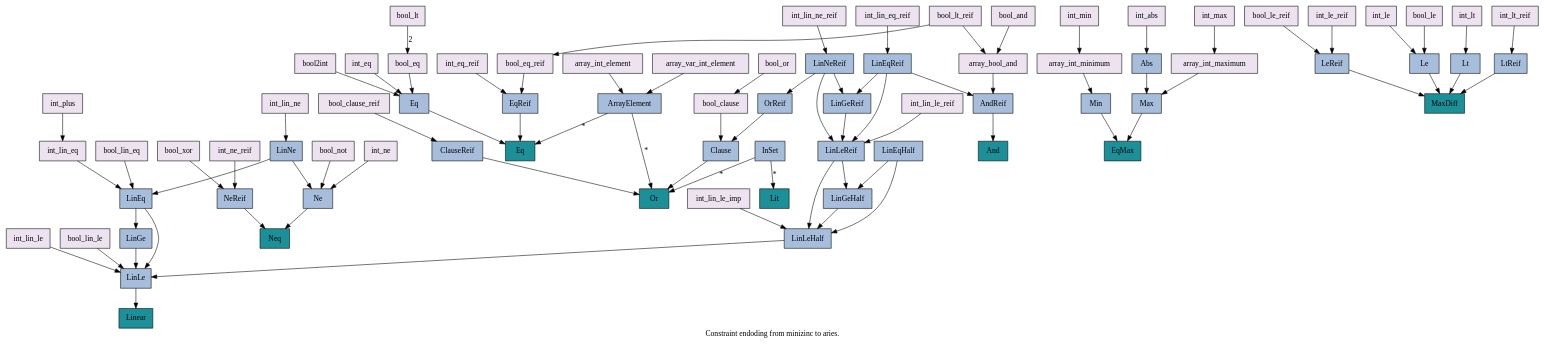
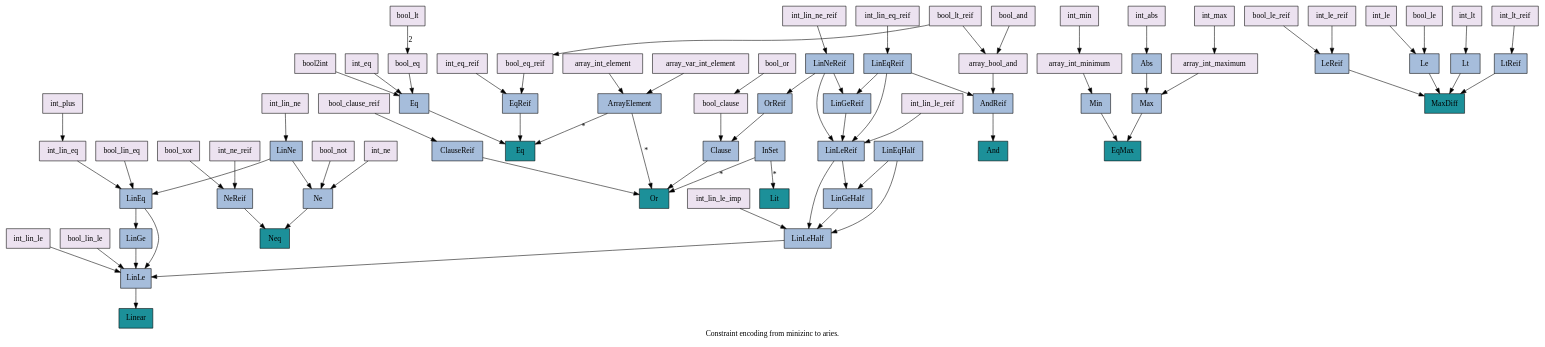
Before and after one commit to plaans/aries: the diagram in aries_fzn/doc/constraints.gv, drawn with Graphviz. The commit also changed 4 other files, not shown here.

```diff
--- a/aries_fzn/doc/constraints.gv
+++ b/aries_fzn/doc/constraints.gv
@@ -1,189 +1,189 @@
 // This document describes constraint encoding from minizinc to aries.
 // Ellipse shape means the constraint is not yet implemented.
 // Use Graphviz to generate the graph.
 
 digraph constraints {
-    label="Constraint endoding from minizinc to aries."
+    label="Constraint encoding from minizinc to aries."
     node [shape=rectangle colorscheme=pubugn3 style=filled] 
 
     // ---------- Minizinc ----------
     {
         node [fillcolor=1]
         mzn_array_int_element [label="array_int_element"]
         mzn_array_int_maximum [label="array_int_maximum"]
         mzn_array_int_minimum [label="array_int_minimum"]
         mzn_array_var_int_element [label="array_var_int_element"]
         mzn_int_abs [label="int_abs"]
         // mzn_int_div [label="int_div"] [shape=ellipse]
         mzn_int_eq [label="int_eq"]
         mzn_int_eq_reif [label="int_eq_reif"]
         mzn_int_le [label="int_le"]
         mzn_int_le_reif [label="int_le_reif"]
         mzn_int_lin_eq [label="int_lin_eq"]
         mzn_int_lin_eq_reif [label="int_lin_eq_reif"]
         mzn_int_lin_le [label="int_lin_le"]
         mzn_int_lin_le_imp [label="int_lin_le_imp"]
         mzn_int_lin_le_reif [label="int_lin_le_reif"]
         mzn_int_lin_ne [label="int_lin_ne"]
         mzn_int_lin_ne_reif [label="int_lin_ne_reif"]
         mzn_int_lt [label="int_lt"]
         mzn_int_lt_reif [label="int_lt_reif"]
         mzn_int_max [label="int_max"]
         mzn_int_min [label="int_min"]
         // mzn_int_mod [label="int_mod"] [shape=ellipse]
         mzn_int_ne [label="int_ne"]
         mzn_int_ne_reif [label="int_ne_reif"]
         mzn_int_plus [label="int_plus"]
         // mzn_int_pow [label="int_pow"] [shape=ellipse]
         // mzn_int_times [label="int_times"] [shape=ellipse]
         mzn_array_bool_and [label="array_bool_and"]
         // mzn_array_bool_element [label="array_bool_element"] [shape=ellipse]
         // mzn_array_bool_xor [label="array_bool_xor"] [shape=ellipse]
         // mzn_array_var_bool_element [label="array_var_bool_element"] [shape=ellipse]
         mzn_bool_and [label="bool_and"]
         mzn_bool_clause [label="bool_clause"]
         mzn_bool_clause_reif [label="bool_clause_reif"]
         mzn_bool_eq [label="bool_eq"]
         mzn_bool_eq_reif [label="bool_eq_reif"]
         mzn_bool_le [label="bool_le"]
         mzn_bool_le_reif [label="bool_le_reif"]
         mzn_bool_lin_eq [label="bool_lin_eq"]
         mzn_bool_lin_le [label="bool_lin_le"]
         mzn_bool_lt [label="bool_lt"]
         mzn_bool_lt_reif [label="bool_lt_reif"]
         mzn_bool_not [label="bool_not"]
         mzn_bool_or [label="bool_or"]
         mzn_bool_xor [label="bool_xor"]
         mzn_bool2int [label="bool2int"]
     }
         
 
     // ---------- Solver API ----------
     {
         node [fillcolor=2]
         api_Abs [label="Abs"]
         api_AndReif [label="AndReif"]
         api_ArrayElement [label="ArrayElement"]
         api_Clause [label="Clause"]
         api_ClauseReif [label="ClauseReif"]
         api_Eq [label="Eq"]
         api_EqReif [label="EqReif"]
         api_InSet [label="InSet"]
         api_Le [label="Le"]
         api_LeReif [label="LeReif"]
         api_Lt [label="Lt"]
         api_LtReif [label="LtReif"]
         api_LinEq [label="LinEq"]
         api_LinEqHalf [label="LinEqHalf"]
         api_LinEqReif [label="LinEqReif"]
         api_LinGe [label="LinGe"]
         api_LinGeHalf [label="LinGeHalf"]
         api_LinGeReif [label="LinGeReif"]
         api_LinLe [label="LinLe"]
         api_LinLeHalf [label="LinLeHalf"]
         api_LinLeReif [label="LinLeReif"]
         api_LinNe [label="LinNe"]
         api_LinNeReif [label="LinNeReif"]
         api_Max [label="Max"]
         api_Min [label="Min"]
         api_Ne [label="Ne"]
         api_NeReif [label="NeReif"]
         api_OrReif [label="OrReif"]
     }
 
     // ---------- Solver ----------
     {
         node [fillcolor=3]
         // sol_Alternative [label="Alternative"]
         sol_And [label="And"]
         sol_Eq [label="Eq"]
         sol_EqMax [label="EqMax"]
         // sol_EqVal [label="EqVal"]
         // sol_EqVarMulLit [label="EqVarMulLit"]
         sol_Linear [label="Linear"]
         sol_Lit [label="Lit"]
         sol_MaxDiff [label="MaxDiff"] // b - a <= ub
         sol_Neq [label="Neq"]
         // sol_NeqVal [label="NeqVal"]
         sol_Or [label="Or"]
     }
 
     // ---------- Minizinc ----------
     mzn_array_int_element -> api_ArrayElement
     mzn_array_int_maximum -> api_Max
     mzn_array_int_minimum -> api_Min
     mzn_array_var_int_element -> api_ArrayElement
     mzn_int_abs -> api_Abs
     // mzn_int_div
     mzn_int_eq -> api_Eq
     mzn_int_eq_reif -> api_EqReif
     mzn_int_le -> api_Le
     mzn_int_le_reif -> api_LeReif
     mzn_int_lin_eq -> api_LinEq
     mzn_int_lin_eq_reif -> api_LinEqReif
     mzn_int_lin_le -> api_LinLe
     mzn_int_lin_le_imp -> api_LinLeHalf
     mzn_int_lin_le_reif -> api_LinLeReif
     mzn_int_lin_ne -> api_LinNe
     mzn_int_lin_ne_reif -> api_LinNeReif
     mzn_int_lt -> api_Lt
     mzn_int_lt_reif -> api_LtReif
     mzn_int_max -> mzn_array_int_maximum
     mzn_int_min -> mzn_array_int_minimum
     // mzn_int_mod
     mzn_int_ne -> api_Ne
     mzn_int_ne_reif -> api_NeReif
     mzn_int_plus -> mzn_int_lin_eq
     // mzn_int_pow
     // mzn_int_times
 
     mzn_array_bool_and -> api_AndReif
     // mzn_array_bool_element
     // mzn_array_bool_xor
     // mzn_array_var_bool_element
     mzn_bool_and -> mzn_array_bool_and
     mzn_bool_clause -> api_Clause
     mzn_bool_clause_reif -> api_ClauseReif
     mzn_bool_eq -> api_Eq
     mzn_bool_eq_reif -> api_EqReif
     mzn_bool_le -> api_Le
     mzn_bool_le_reif -> api_LeReif
     mzn_bool_lin_eq -> api_LinEq
     mzn_bool_lin_le -> api_LinLe
     mzn_bool_lt -> mzn_bool_eq [label="2"]
     mzn_bool_lt_reif -> { mzn_array_bool_and; mzn_bool_eq_reif }
     mzn_bool_not -> api_Ne
     mzn_bool_or -> mzn_bool_clause
     mzn_bool_xor -> api_NeReif
     mzn_bool2int -> api_Eq
 
     // ---------- Solver API ----------
     api_Abs -> api_Max
     api_AndReif -> sol_And
     api_ArrayElement -> { sol_Eq; sol_Or } [label="*"]
     api_Clause -> sol_Or
     api_ClauseReif -> sol_Or
     api_Eq -> sol_Eq
     api_EqReif -> sol_Eq
     api_InSet -> { sol_Or; sol_Lit } [label="*"]
     api_Le -> sol_MaxDiff
     api_LeReif -> sol_MaxDiff
     api_LinEq -> { api_LinLe; api_LinGe }
     api_LinEqHalf -> { api_LinLeHalf; api_LinGeHalf }
     api_LinEqReif -> { api_LinLeReif; api_LinGeReif; api_AndReif }
     api_LinGe -> api_LinLe
     api_LinGeHalf -> api_LinLeHalf
     api_LinGeReif -> api_LinLeReif
     api_LinLe -> sol_Linear
     api_LinLeHalf -> api_LinLe
     api_LinLeReif -> { api_LinLeHalf; api_LinGeHalf }
     api_LinNe -> { api_LinEq; api_Ne }
     api_LinNeReif -> { api_LinLeReif; api_LinGeReif; api_OrReif }
     api_Lt -> sol_MaxDiff
     api_LtReif -> sol_MaxDiff
     api_Max -> sol_EqMax
     api_Min -> sol_EqMax
     api_Ne -> sol_Neq
     api_NeReif -> sol_Neq
     api_OrReif -> api_Clause
 }
```
